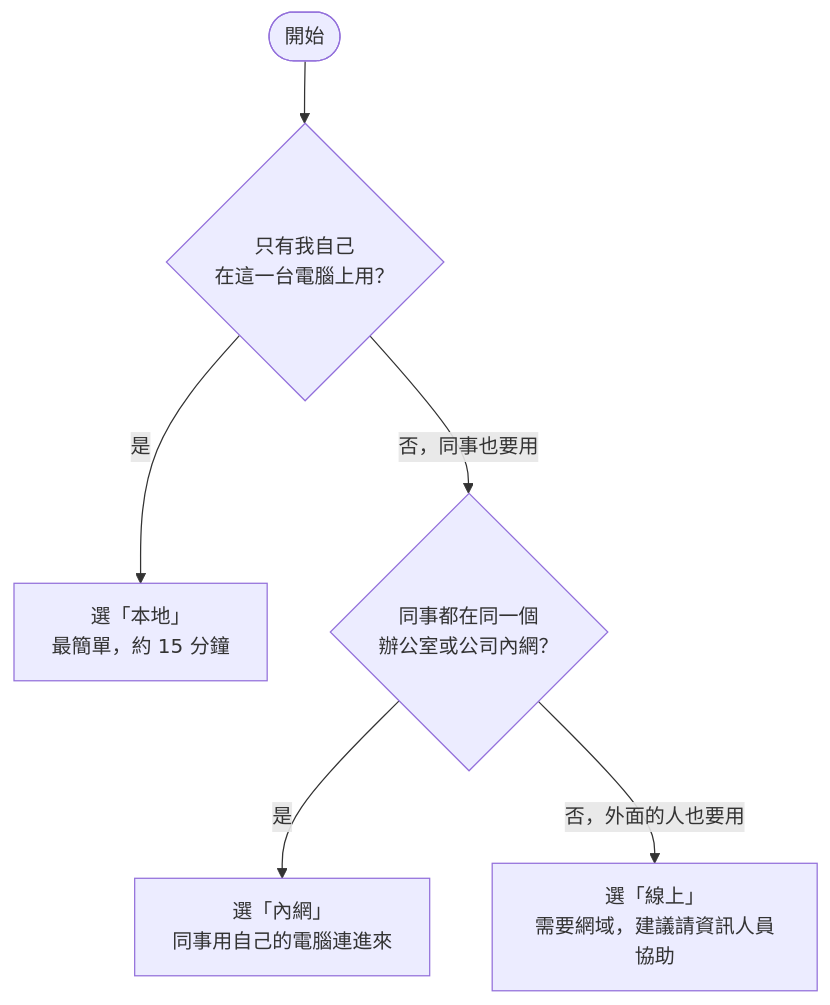
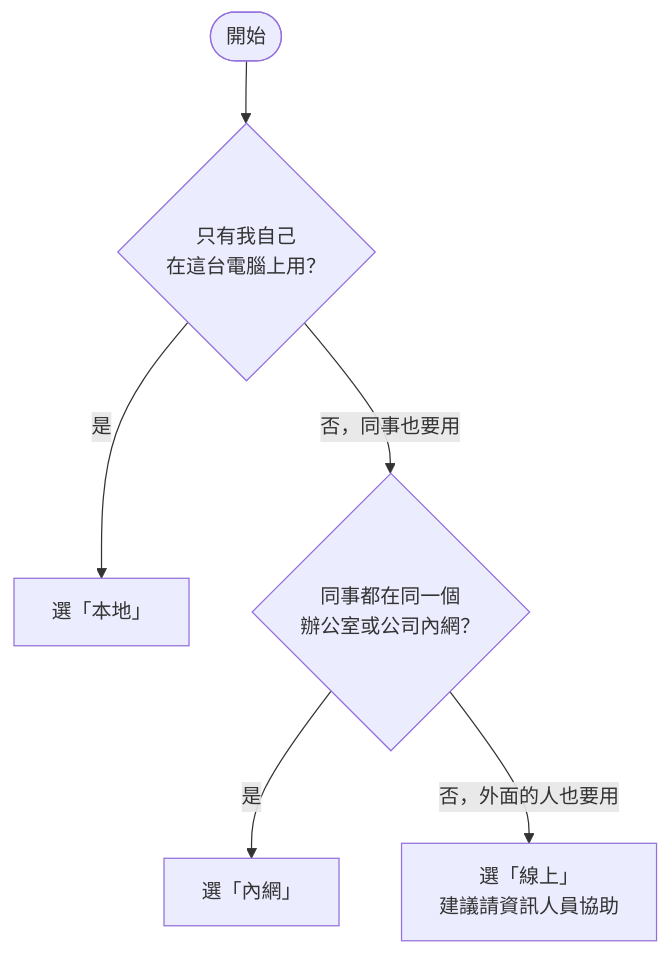
Before and after one commit to ttcdog115016/Demo: the diagram in doc_site/content/docs/quickstart/index.md, drawn with Mermaid. The commit also changed other lines of this file and 6 other files, not shown here.

````diff
--- a/doc_site/content/docs/quickstart/index.md
+++ b/doc_site/content/docs/quickstart/index.md
@@ -41,8 +23,8 @@
 ```mermaid
 flowchart TD
-    A([開始]) --> B{只有我自己<br/>在這一台電腦上用？}
-    B -- 是 --> L[選「本地」<br/>最簡單，約 15 分鐘]
+    A([開始]) --> B{只有我自己<br/>在這台電腦上用？}
+    B -- 是 --> L[選「本地」]
     B -- 否，同事也要用 --> C{同事都在同一個<br/>辦公室或公司內網？}
-    C -- 是 --> N[選「內網」<br/>同事用自己的電腦連進來]
-    C -- 否，外面的人也要用 --> O[選「線上」<br/>需要網域，建議請資訊人員協助]
+    C -- 是 --> N[選「內網」]
+    C -- 否，外面的人也要用 --> O[選「線上」<br/>建議請資訊人員協助]
 ```
````
